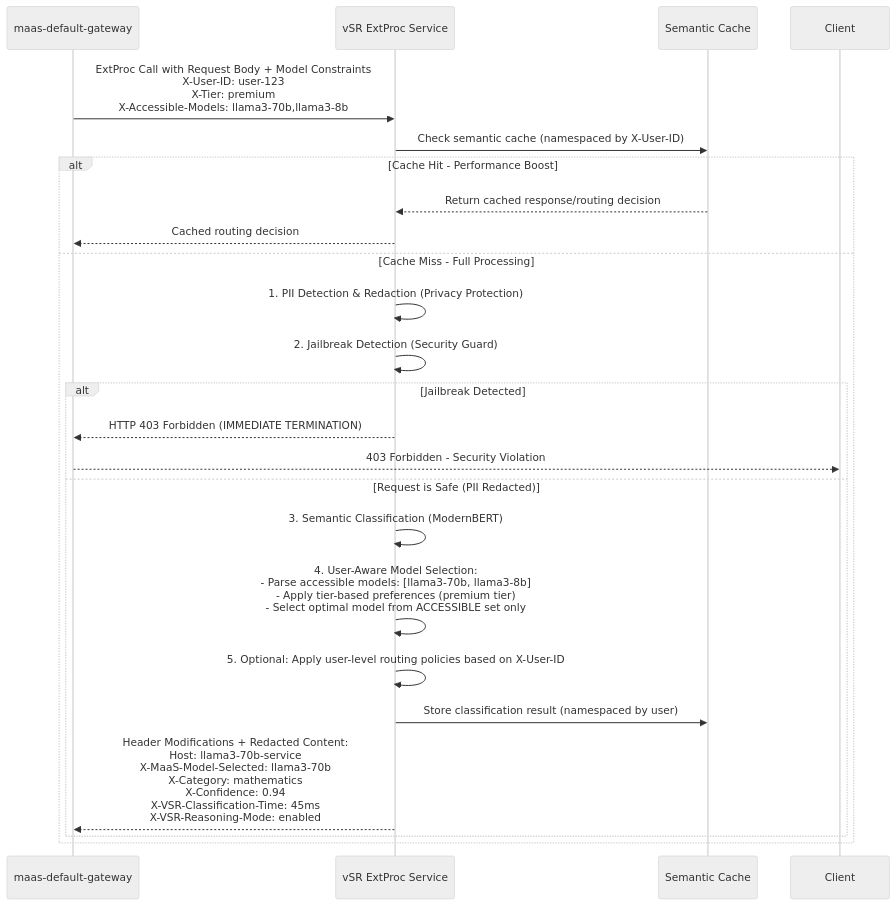
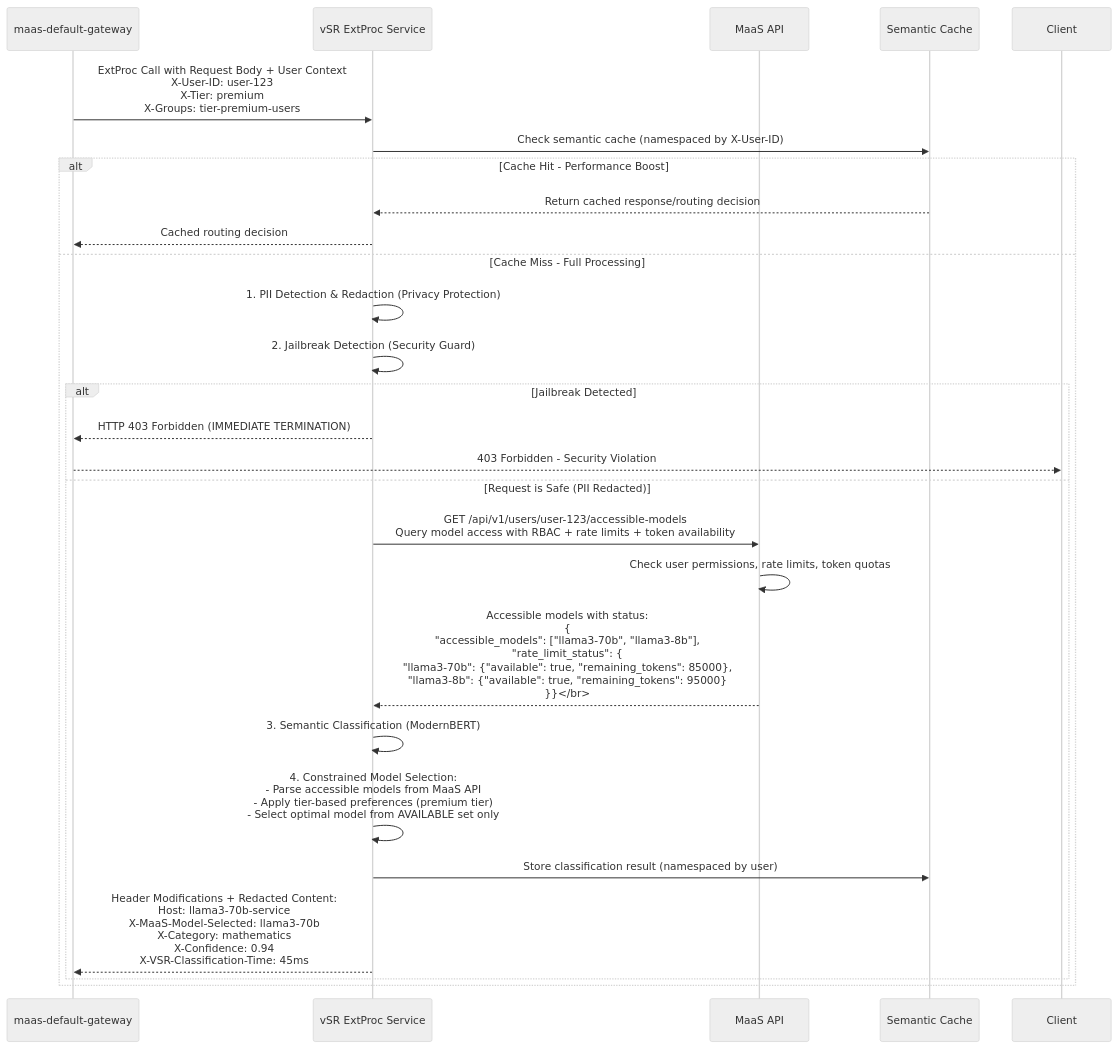
Before and after one commit to noyitz/maas-billing: the sixth of 9 diagrams in docs/designs/vSR-Integration/README.md, drawn with Mermaid (neutral theme). The commit also changed other lines of this file, not shown here.

````diff
--- a/docs/designs/vSR-Integration/README.md
+++ b/docs/designs/vSR-Integration/README.md
@@ -300,30 +285,34 @@
 ```mermaid
 sequenceDiagram
     participant Gateway as maas-default-gateway
     participant vSR as vSR ExtProc Service
+    participant MaaSAPI as MaaS API
     participant Cache as Semantic Cache
     participant Client
     
-    Gateway->>vSR: ExtProc Call with Request Body + Model Constraints<br/>X-User-ID: user-123<br/>X-Tier: premium<br/>X-Accessible-Models: llama3-70b,llama3-8b
+    Gateway->>vSR: ExtProc Call with Request Body + User Context<br/>X-User-ID: user-123<br/>X-Tier: premium<br/>X-Groups: tier-premium-users
     
     vSR->>Cache: Check semantic cache (namespaced by X-User-ID)
     
     alt Cache Hit - Performance Boost
         Cache-->>vSR: Return cached response/routing decision
         vSR-->>Gateway: Cached routing decision
     else Cache Miss - Full Processing
         vSR->>vSR: 1. PII Detection & Redaction (Privacy Protection)
         vSR->>vSR: 2. Jailbreak Detection (Security Guard)
         
         alt Jailbreak Detected
             vSR-->>Gateway: HTTP 403 Forbidden (IMMEDIATE TERMINATION)
             Gateway-->>Client: 403 Forbidden - Security Violation
         else Request is Safe (PII Redacted)
+            vSR->>MaaSAPI: GET /api/v1/users/user-123/accessible-models<br/>Query model access with RBAC + rate limits + token availability
+            MaaSAPI->>MaaSAPI: Check user permissions, rate limits, token quotas
+            MaaSAPI-->>vSR: Accessible models with status:<br/>{<br/>"accessible_models": ["llama3-70b", "llama3-8b"],<br/>"rate_limit_status": {<br/>"llama3-70b": {"available": true, "remaining_tokens": 85000},<br/>"llama3-8b": {"available": true, "remaining_tokens": 95000}<br/>}}</br>
+            
             vSR->>vSR: 3. Semantic Classification (ModernBERT)
-            vSR->>vSR: 4. User-Aware Model Selection:<br/>- Parse accessible models: [llama3-70b, llama3-8b]<br/>- Apply tier-based preferences (premium tier)<br/>- Select optimal model from ACCESSIBLE set only
-            vSR->>vSR: 5. Optional: Apply user-level routing policies based on X-User-ID
+            vSR->>vSR: 4. Constrained Model Selection:<br/>- Parse accessible models from MaaS API<br/>- Apply tier-based preferences (premium tier)<br/>- Select optimal model from AVAILABLE set only
             vSR->>Cache: Store classification result (namespaced by user)
-            vSR-->>Gateway: Header Modifications + Redacted Content:<br/>Host: llama3-70b-service<br/>X-MaaS-Model-Selected: llama3-70b<br/>X-Category: mathematics<br/>X-Confidence: 0.94<br/>X-VSR-Classification-Time: 45ms<br/>X-VSR-Reasoning-Mode: enabled
+            vSR-->>Gateway: Header Modifications + Redacted Content:<br/>Host: llama3-70b-service<br/>X-MaaS-Model-Selected: llama3-70b<br/>X-Category: mathematics<br/>X-Confidence: 0.94<br/>X-VSR-Classification-Time: 45ms
         end
     end
 ```
````
